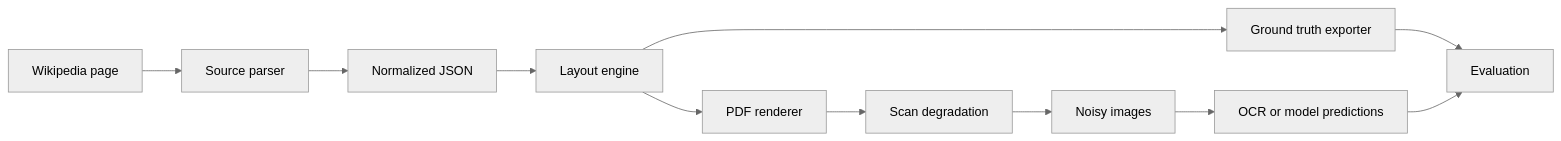
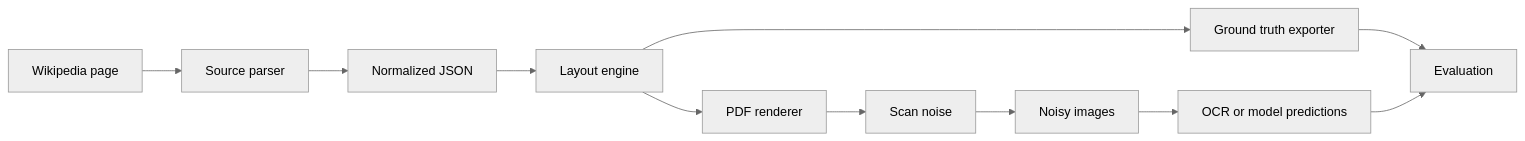
The first of 2 diagrams in tutorials/architecture.md (vorobev-danila/PolyDocBench), drawn with Mermaid (neutral theme) before and after one commit. The commit also changed other lines of this file and 27 other files, not shown here.

Commit message:
Rename scan degradation workflow to noise

````diff
--- a/tutorials/architecture.md
+++ b/tutorials/architecture.md
@@ -7,13 +7,13 @@
 ```mermaid
 flowchart LR
     A[Wikipedia page] --> B[Source parser]
     B --> C[Normalized JSON]
     C --> D[Layout engine]
     D --> E[PDF renderer]
     D --> F[Ground truth exporter]
-    E --> G[Scan degradation]
+    E --> G[Scan noise]
     G --> H[Noisy images]
     F --> I[Evaluation]
     H --> J[OCR or model predictions]
     J --> I
 ```
````
